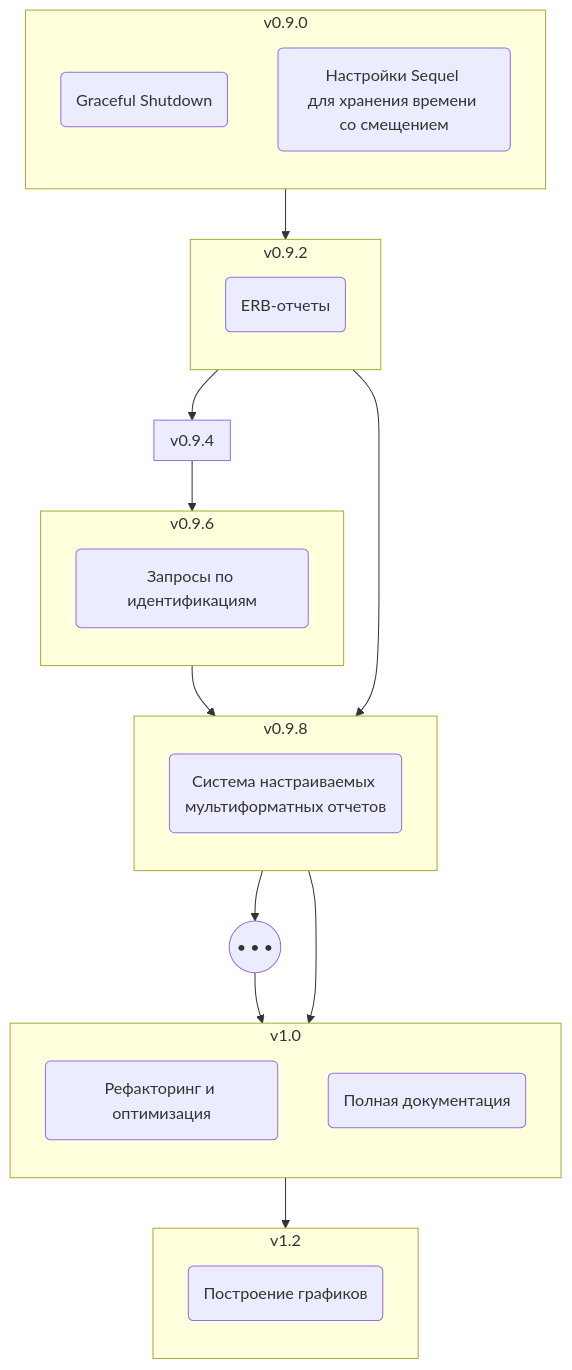
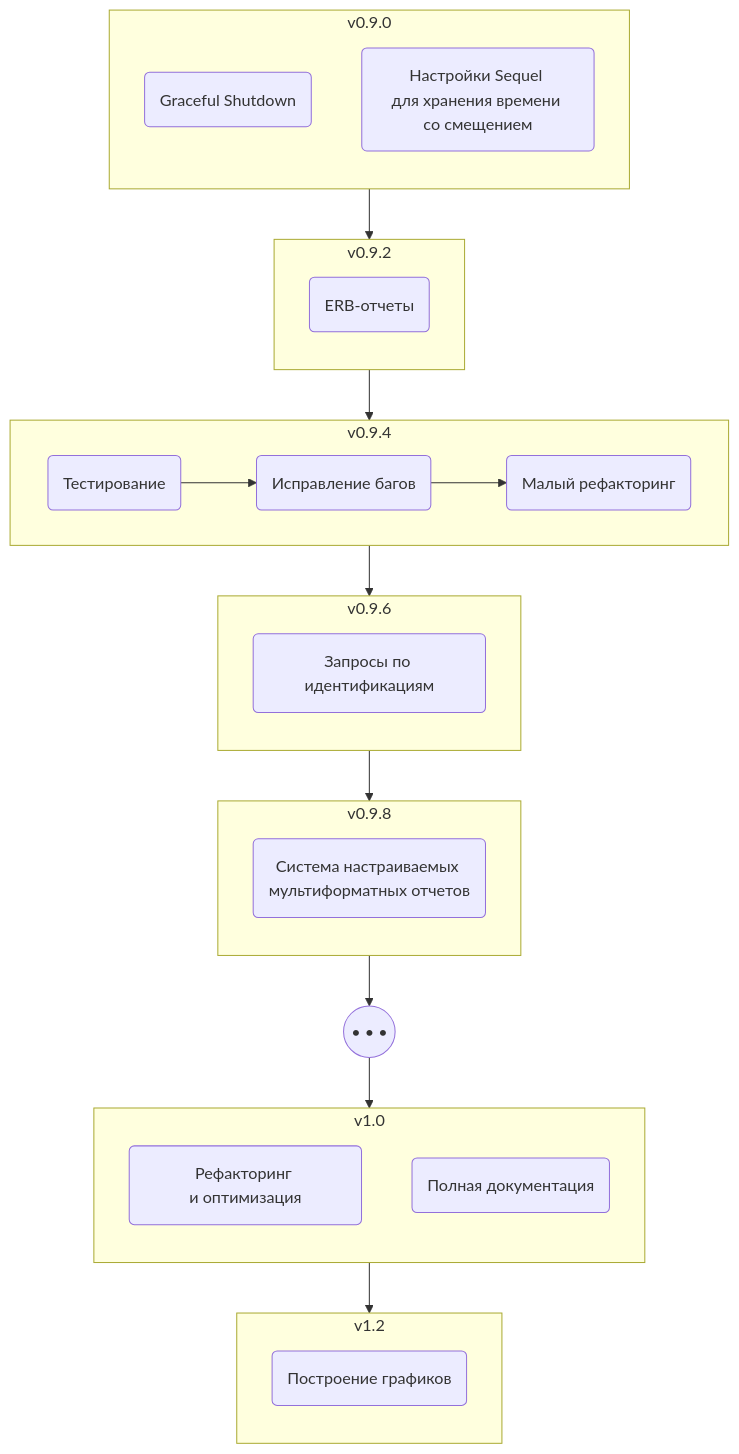
Before and after one commit to inat-get/inat-get: the diagram in share/inat-get/docs/roadmap.md, drawn with Mermaid.

Commit message:
Чт 19 фев 2026 04:25:59 +05

````diff
--- a/share/inat-get/docs/roadmap.md
+++ b/share/inat-get/docs/roadmap.md
@@ -27,52 +27,55 @@
 ```mermaid
 flowchart TB
 
   subgraph R090 ["v0.9.0"]
     direction TB
     Shutdown("Graceful Shutdown")
     Timing("Настройки Sequel для хранения времени со смещением")
   end
 
   subgraph R092 ["v0.9.2"]
     direction TB
     ERB("ERB-отчеты")
   end
 
   subgraph R094 ["v0.9.4"]
-    direction TB
+    direction LR
+    Testing("Тестирование")
+    Debugging("Исправление багов")
+    Ref1("Малый рефакторинг")
   end
 
   subgraph R096 ["v0.9.6"]
     direction TB
     Idents("Запросы по идентификациям")
   end
 
   subgraph R098 ["v0.9.8"]
     direction TB
     Reporting("Система настраиваемых мультиформатных отчетов")
   end
 
   Smth(("• • •"))
 
   subgraph R100 ["v1.0"]
     direction TB
-    Refactoring("Рефакторинг и оптимизация")
+    Refactoring("Рефакторинг и оптимизация")
     Documenting("Полная документация")
   end
 
   subgraph R120 ["v1.2"]
     direction TB
     Graphics("Построение графиков")
   end
 
   R090 --> R092
   R092 --> R094
   R094 --> R096
   R096 --> R098
   R098 --> Smth
   Smth --> R100
   R100 --> R120
 
-  ERB --> Reporting
-  Reporting --> Documenting
+  Testing --> Debugging
+  Debugging --> Ref1
 ```
````
